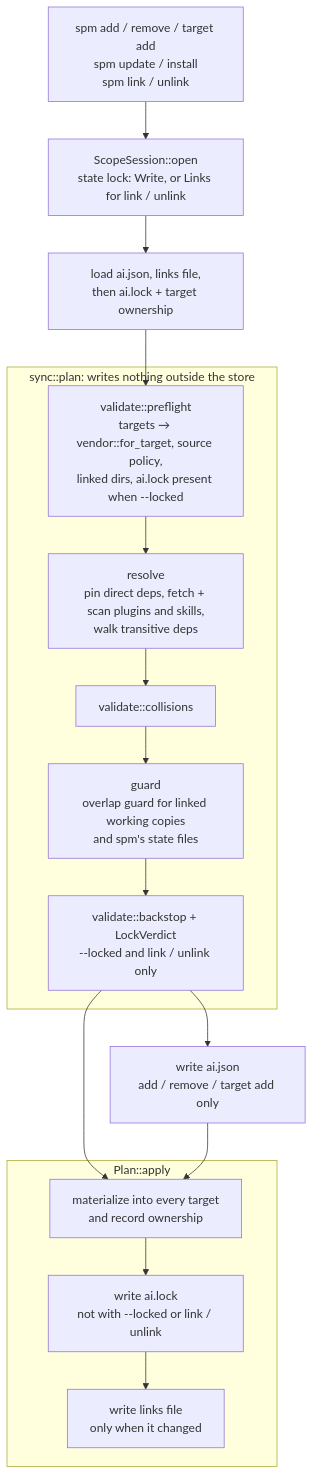
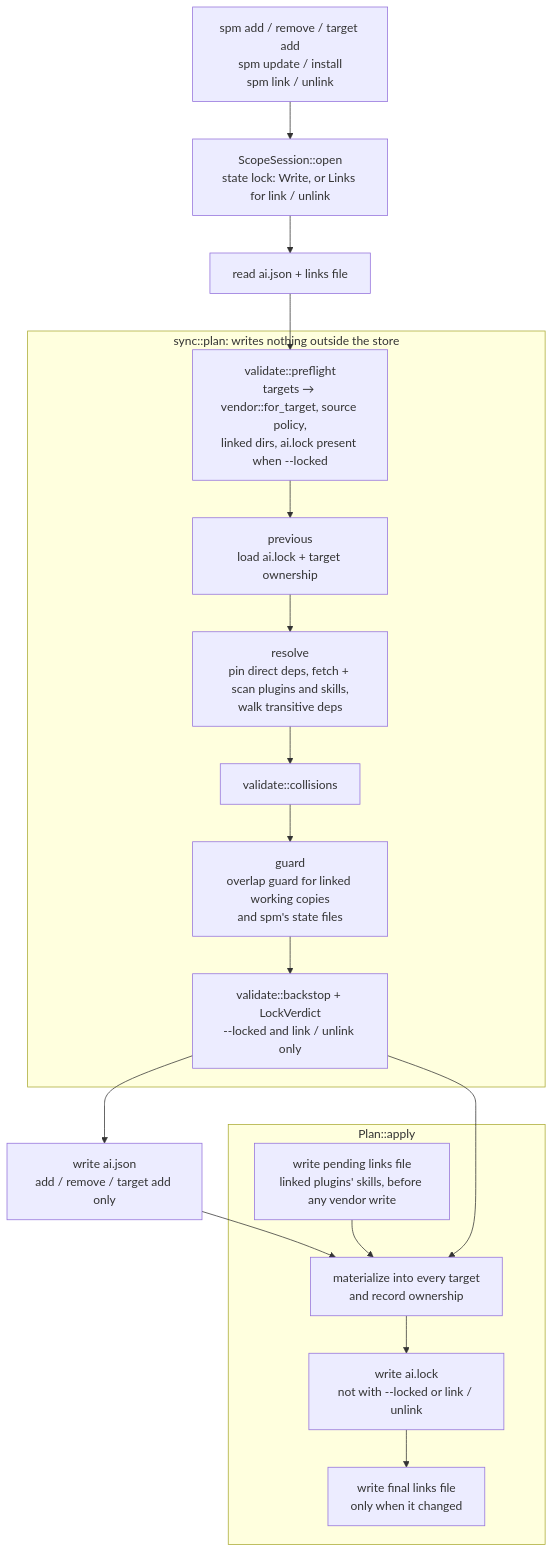
One commit to camunda/spm-cli changed the second of 3 diagrams in docs/guide/architecture.md. Above: the diagram before and after it, drawn with Mermaid. The commit also changed other lines of this file and 1 other file, not shown here.

Commit message:
docs(arch): match the command flow to the sync pipeline
Scope the sync claim to the commands that actually sync, and say that
`target remove` and `clean` take a write session but bypass the
pipeline. Order the diagram as the code runs it: ai.json and links are
read before `plan`, `preflight` runs next and `previous` loads ai.lock
and ownership only after it. Show the pending links file `apply`
writes before materializing, and record why the docs override katex.

````diff
--- a/docs/guide/architecture.md
+++ b/docs/guide/architecture.md
@@ -131,26 +136,28 @@
 ```mermaid
 flowchart TD
   cmd["spm add / remove / target add<br/>spm update / install<br/>spm link / unlink"]
   open["ScopeSession::open<br/>state lock: Write, or Links for link / unlink"]
-  load["load ai.json, links file,<br/>then ai.lock + target ownership"]
-  cmd --> open --> load --> preflight
+  read["read ai.json + links file"]
+  cmd --> open --> read --> preflight
 
   subgraph plan ["sync::plan: writes nothing outside the store"]
     preflight["validate::preflight<br/>targets → vendor::for_target, source policy,<br/>linked dirs, ai.lock present when --locked"]
+    previous["previous<br/>load ai.lock + target ownership"]
     resolve["resolve<br/>pin direct deps, fetch + scan plugins and skills,<br/>walk transitive deps"]
     collisions["validate::collisions"]
     guard["guard<br/>overlap guard for linked working copies<br/>and spm's state files"]
     verdict["validate::backstop + LockVerdict<br/>--locked and link / unlink only"]
-    preflight --> resolve --> collisions --> guard --> verdict
+    preflight --> previous --> resolve --> collisions --> guard --> verdict
   end
 
   verdict --> manifest["write ai.json<br/>add / remove / target add only"]
   verdict --> apply
   manifest --> apply
   subgraph applyphase ["Plan::apply"]
+    pending["write pending links file<br/>linked plugins' skills, before any vendor write"]
     apply["materialize into every target<br/>and record ownership"]
     lock["write ai.lock<br/>not with --locked or link / unlink"]
-    links["write links file<br/>only when it changed"]
-    apply --> lock --> links
+    links["write final links file<br/>only when it changed"]
+    pending --> apply --> lock --> links
   end
 ```
````
